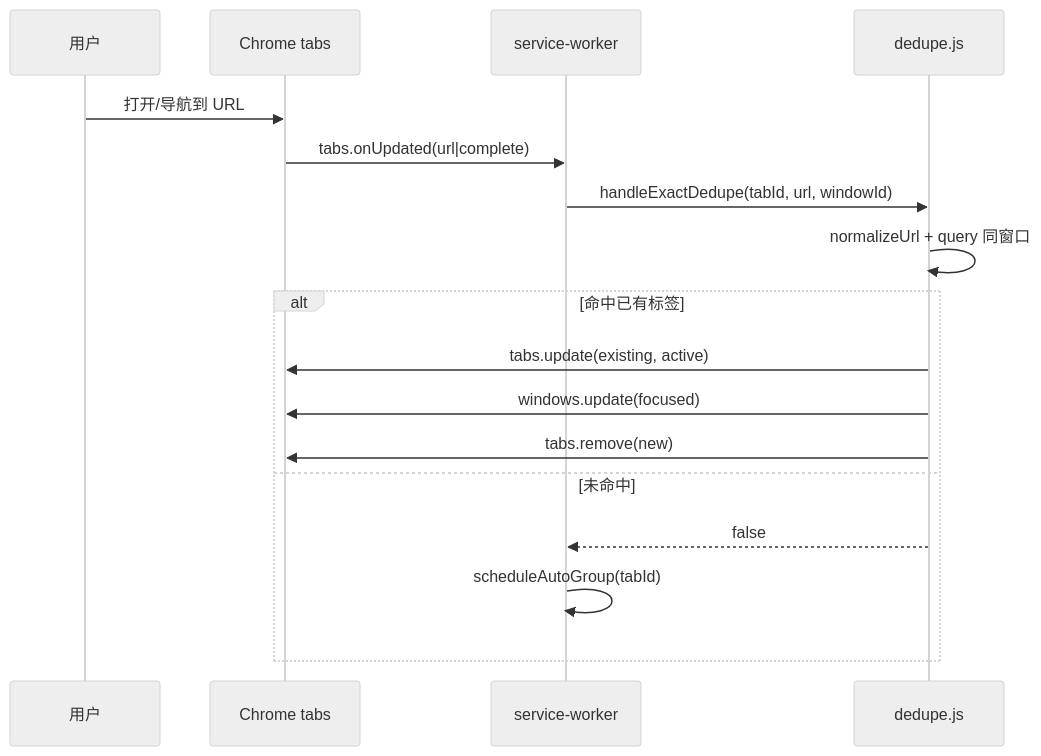
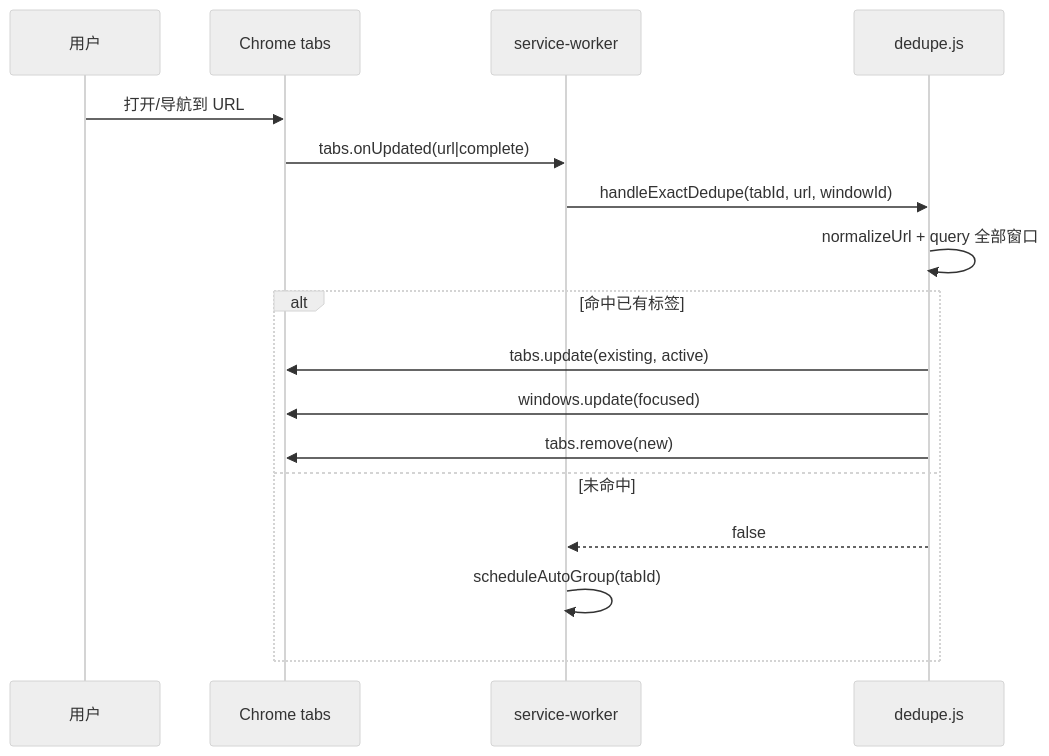
The second of 3 diagrams in docs/smart-tab-pilot-mvp/03-architecture/architecture.md (BiuBiuHu/smart-tab-pilot), drawn with Mermaid (neutral theme) before and after one commit. The commit also changed other lines of this file and 32 other files, not shown here.

First line of the commit message:
feat: 任务导航图学习 + 跨窗口逻辑聚合

````diff
--- a/docs/smart-tab-pilot-mvp/03-architecture/architecture.md
+++ b/docs/smart-tab-pilot-mvp/03-architecture/architecture.md
@@ -78,20 +79,20 @@
 ```mermaid
 sequenceDiagram
   participant User as 用户
   participant Chrome as Chrome tabs
   participant SW as service-worker
   participant Dedupe as dedupe.js
 
   User->>Chrome: 打开/导航到 URL
   Chrome->>SW: tabs.onUpdated(url|complete)
   SW->>Dedupe: handleExactDedupe(tabId, url, windowId)
-  Dedupe->>Dedupe: normalizeUrl + query 同窗口
+  Dedupe->>Dedupe: normalizeUrl + query 全部窗口
   alt 命中已有标签
     Dedupe->>Chrome: tabs.update(existing, active)
     Dedupe->>Chrome: windows.update(focused)
     Dedupe->>Chrome: tabs.remove(new)
   else 未命中
     Dedupe-->>SW: false
     SW->>SW: scheduleAutoGroup(tabId)
   end
 ```
````
